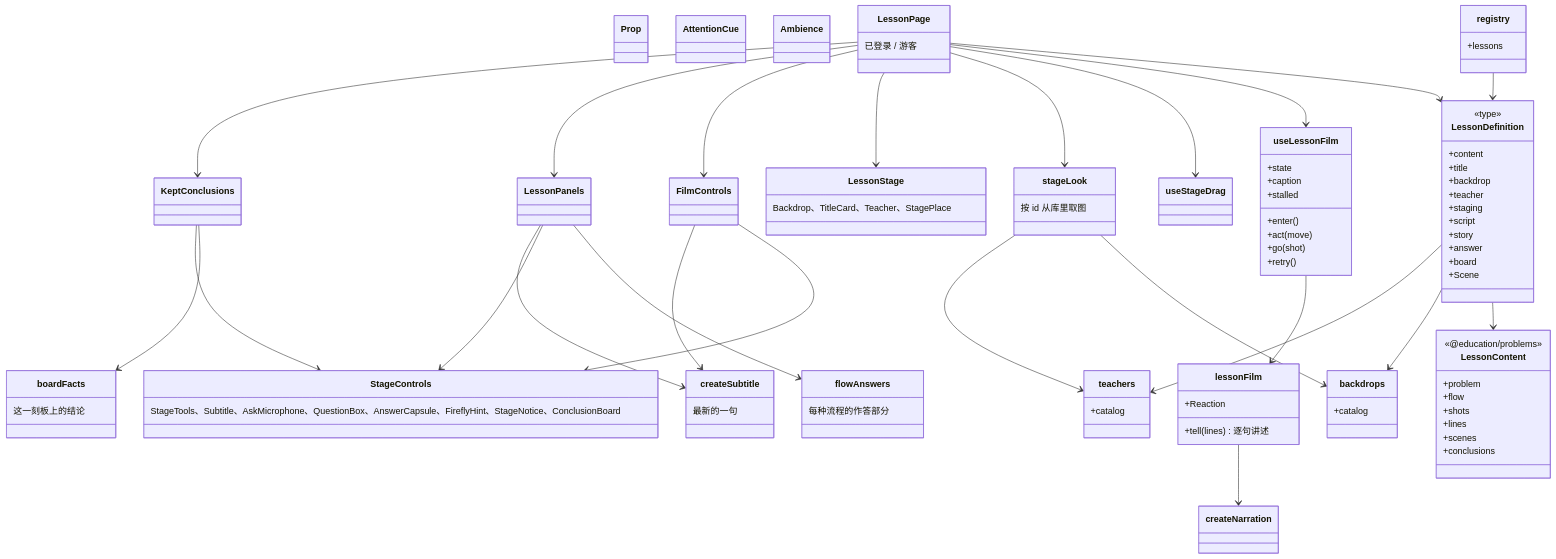
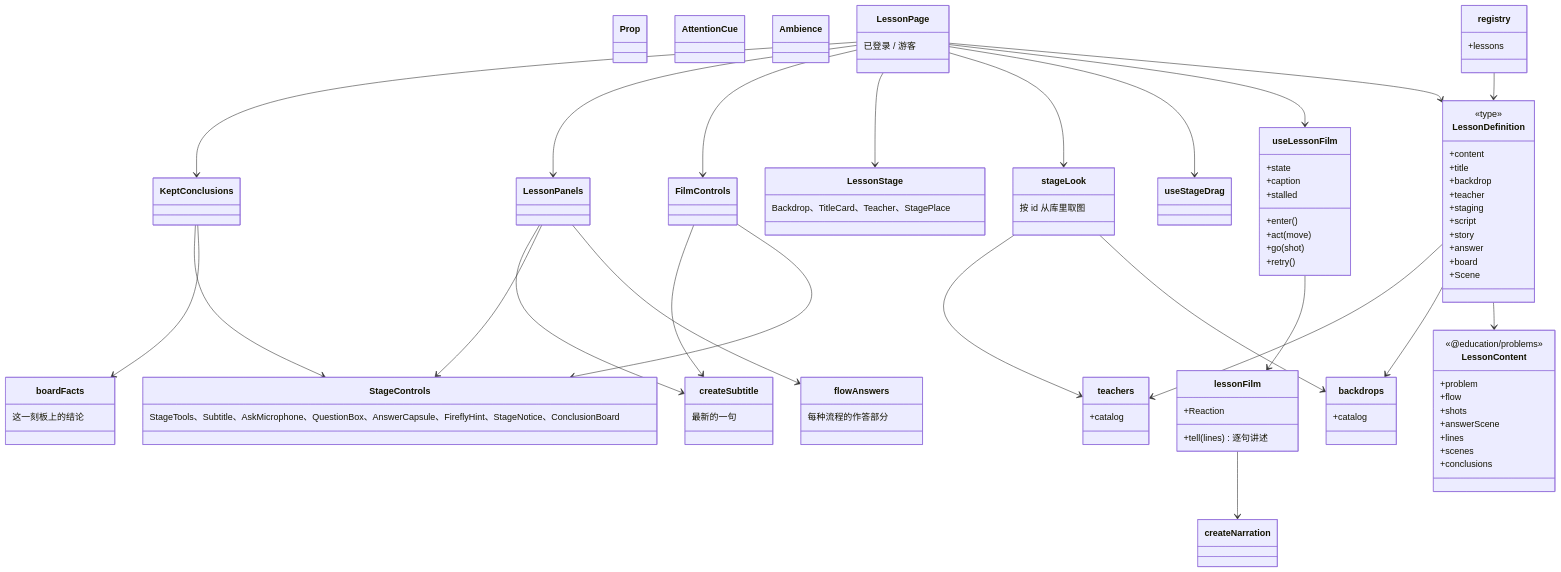
The second of 2 diagrams in docs/design/lesson-kit.md (juanchaopan/education), drawn with Mermaid before and after one commit. The commit also changed other lines of this file and 28 other files, not shown here.

First line of the commit message:
refactor: the lesson content names the answer scene, and plugins carry it for questions (#210) (#235)

```diff
--- a/docs/design/lesson-kit.md
+++ b/docs/design/lesson-kit.md
@@ -76,6 +76,7 @@
     +problem
     +flow
     +shots
+    +answerScene
     +lines
     +scenes
     +conclusions
```
